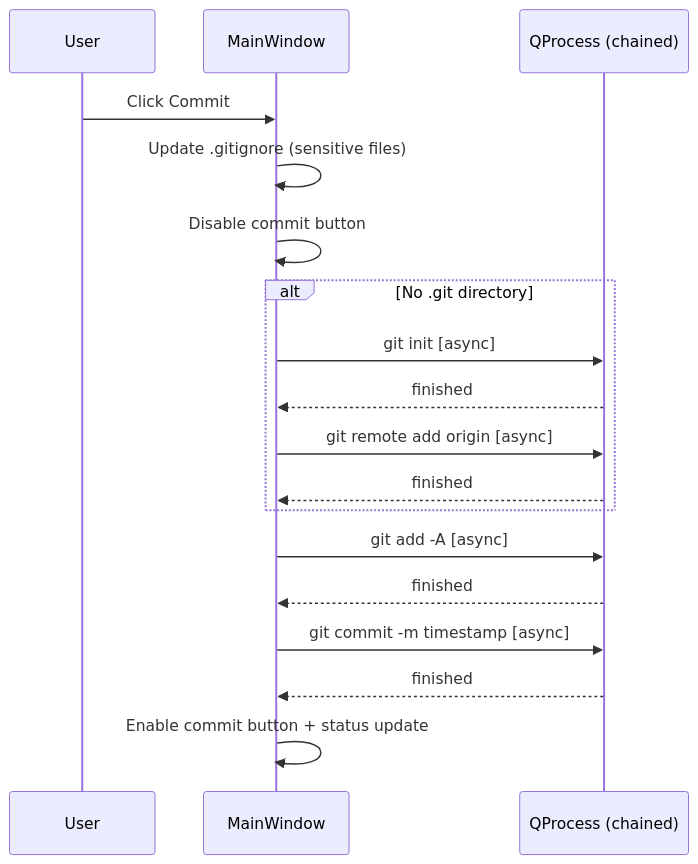
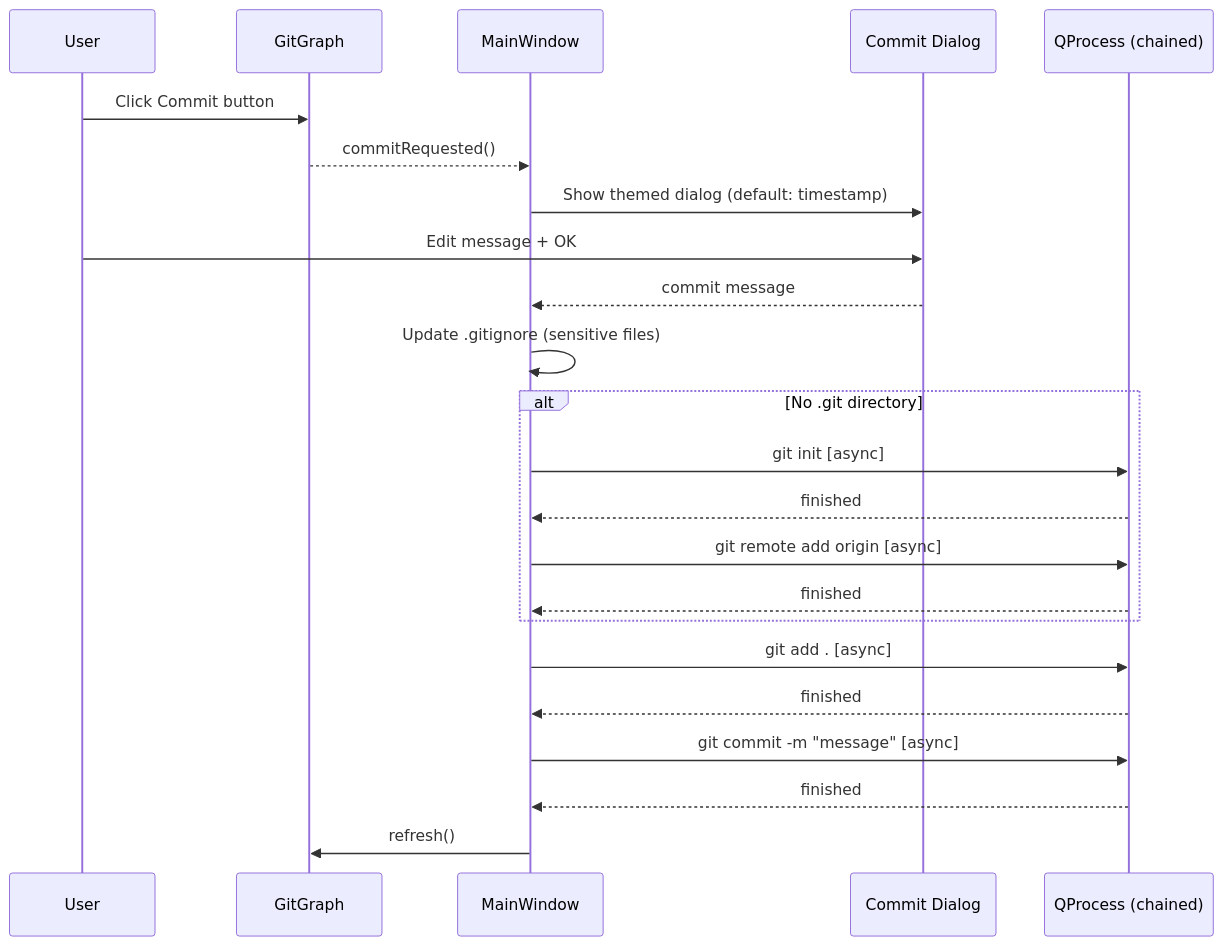
Before and after one commit to dkrse/vibe-coder: the eighth of 19 diagrams in docs/diagrams.md, drawn with Mermaid. The commit also changed other lines of this file and 18 other files, not shown here.

````diff
--- a/docs/diagrams.md
+++ b/docs/diagrams.md
@@ -340,23 +362,28 @@
 ```mermaid
 sequenceDiagram
     participant User
+    participant GitGraph
     participant MainWindow
+    participant Dialog as Commit Dialog
     participant GitProc as QProcess (chained)
 
-    User->>MainWindow: Click Commit
+    User->>GitGraph: Click Commit button
+    GitGraph-->>MainWindow: commitRequested()
+    MainWindow->>Dialog: Show themed dialog (default: timestamp)
+    User->>Dialog: Edit message + OK
+    Dialog-->>MainWindow: commit message
     MainWindow->>MainWindow: Update .gitignore (sensitive files)
-    MainWindow->>MainWindow: Disable commit button
 
     alt No .git directory
         MainWindow->>GitProc: git init [async]
         GitProc-->>MainWindow: finished
         MainWindow->>GitProc: git remote add origin [async]
         GitProc-->>MainWindow: finished
     end
 
-    MainWindow->>GitProc: git add -A [async]
+    MainWindow->>GitProc: git add . [async]
     GitProc-->>MainWindow: finished
-    MainWindow->>GitProc: git commit -m timestamp [async]
+    MainWindow->>GitProc: git commit -m "message" [async]
     GitProc-->>MainWindow: finished
-    MainWindow->>MainWindow: Enable commit button + status update
+    MainWindow->>GitGraph: refresh()
 ```
````
